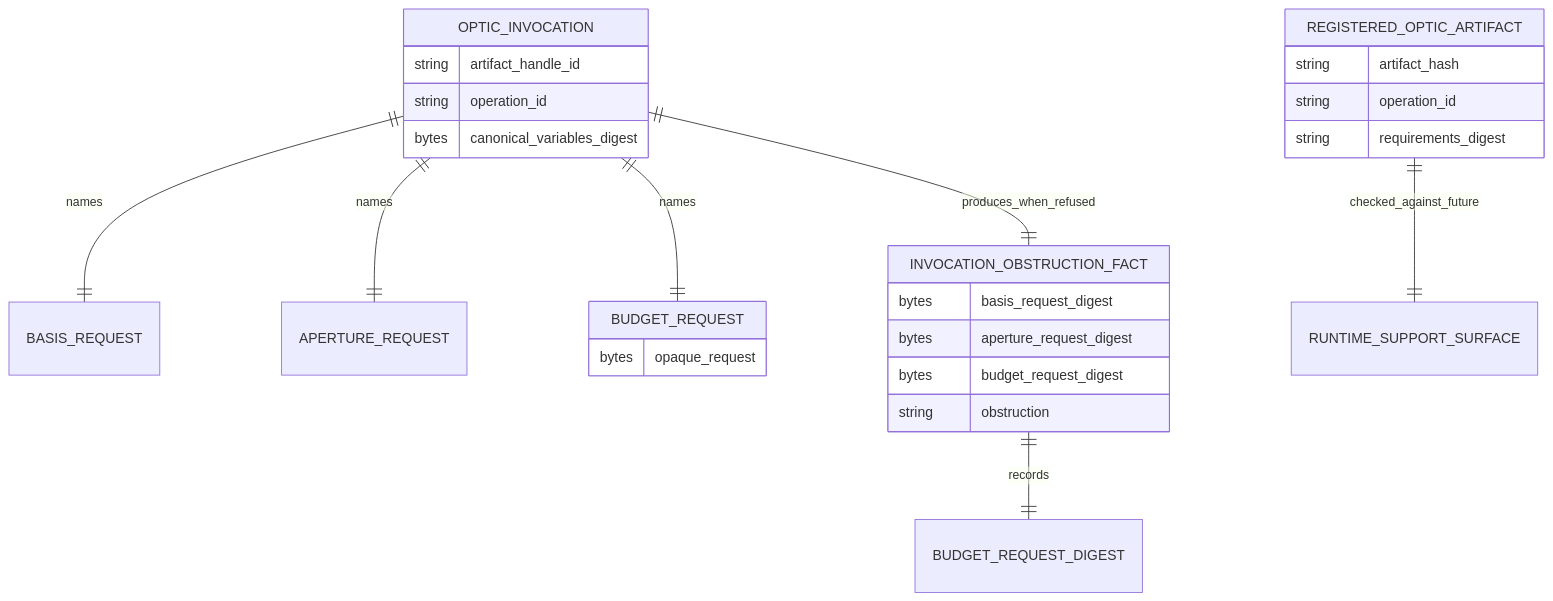
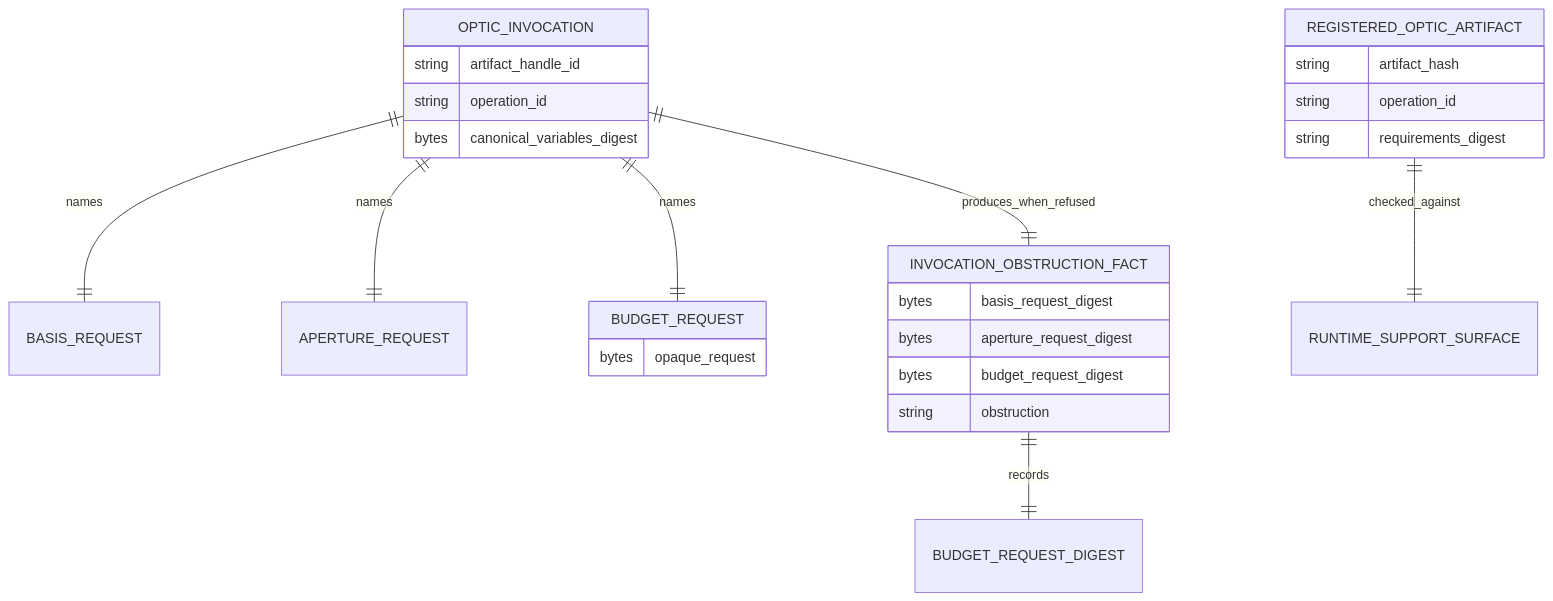
Before and after one commit to flyingrobots/echo: the fourth of 4 diagrams in docs/design/budget-and-runtime-support-optic-admission.md, drawn with Mermaid. The commit also changed other lines of this file, not shown here.

Commit message:
docs: update budget and runtime support admission checkpoint

````diff
--- a/docs/design/budget-and-runtime-support-optic-admission.md
+++ b/docs/design/budget-and-runtime-support-optic-admission.md
@@ -179,32 +189,32 @@
 ```mermaid
 erDiagram
   OPTIC_INVOCATION ||--|| BASIS_REQUEST : names
   OPTIC_INVOCATION ||--|| APERTURE_REQUEST : names
   OPTIC_INVOCATION ||--|| BUDGET_REQUEST : names
   OPTIC_INVOCATION ||--|| INVOCATION_OBSTRUCTION_FACT : produces_when_refused
-  REGISTERED_OPTIC_ARTIFACT ||--|| RUNTIME_SUPPORT_SURFACE : checked_against_future
+  REGISTERED_OPTIC_ARTIFACT ||--|| RUNTIME_SUPPORT_SURFACE : checked_against
   INVOCATION_OBSTRUCTION_FACT ||--|| BUDGET_REQUEST_DIGEST : records
 
   OPTIC_INVOCATION {
     string artifact_handle_id
     string operation_id
     bytes canonical_variables_digest
   }
 
   BUDGET_REQUEST {
     bytes opaque_request
   }
 
   REGISTERED_OPTIC_ARTIFACT {
     string artifact_hash
     string operation_id
     string requirements_digest
   }
 
   INVOCATION_OBSTRUCTION_FACT {
     bytes basis_request_digest
     bytes aperture_request_digest
     bytes budget_request_digest
     string obstruction
   }
 ```
````
